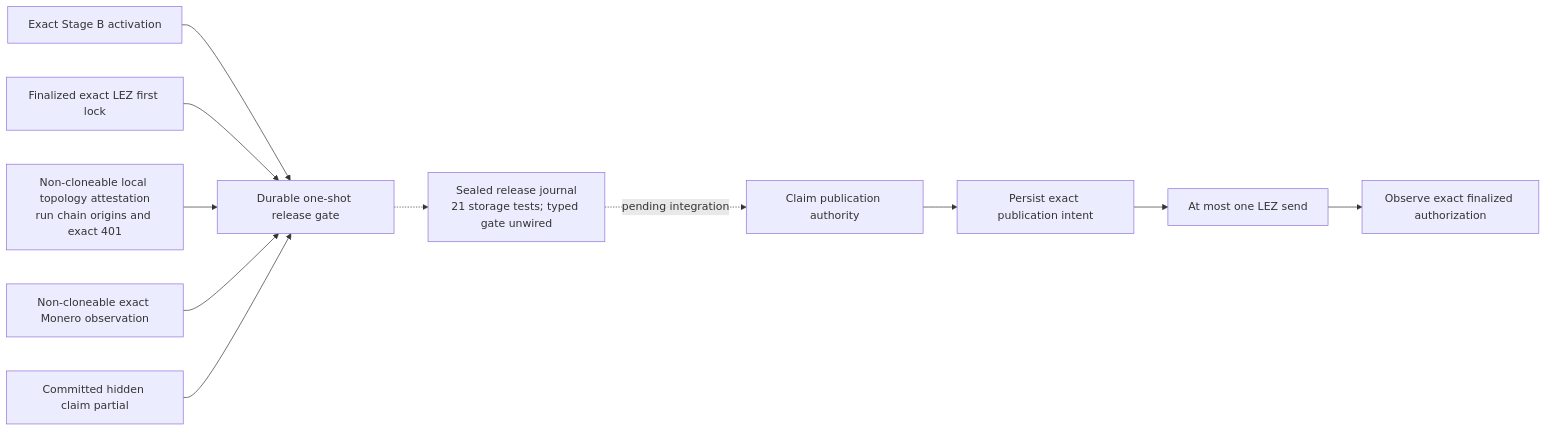
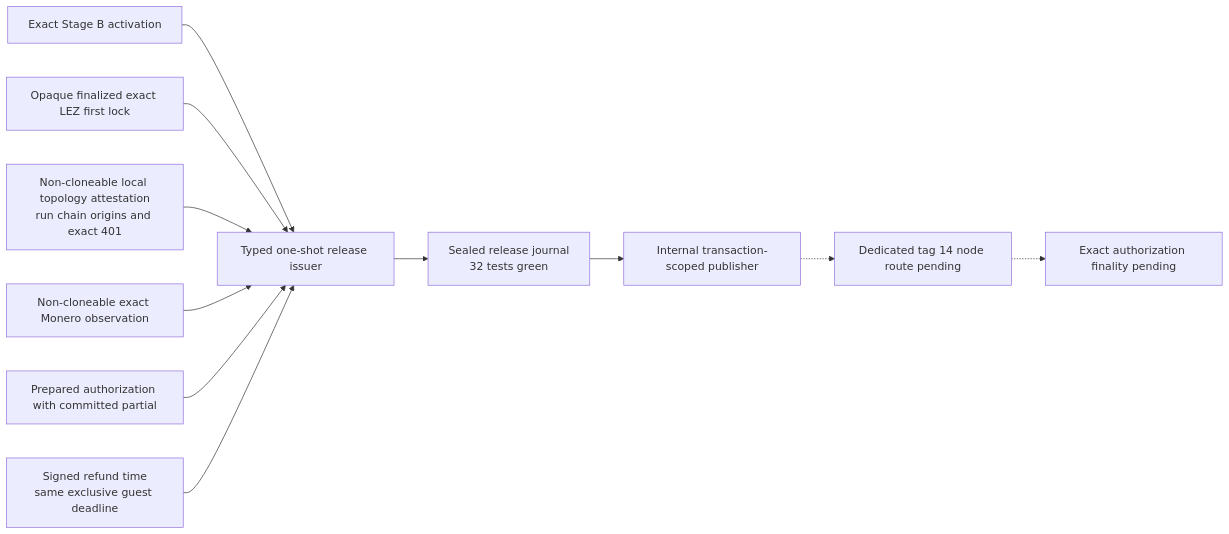
The first of 2 diagrams in docs/architecture/0059-separate-monero-observation-from-release-authority.md (gateway-fm/lez-atomic-swaps), drawn with Mermaid before and after one commit. The commit also changed other lines of this file and 21 other files, not shown here.

Commit message:
feat(m4): bind XMR release to opaque evidence

````diff
--- a/docs/architecture/0059-separate-monero-observation-from-release-authority.md
+++ b/docs/architecture/0059-separate-monero-observation-from-release-authority.md
@@ -91,13 +94,13 @@
 ```mermaid
 flowchart LR
-    StageB["Exact Stage B activation"] --> Gate["Durable one-shot release gate"]
-    LezLock["Finalized exact LEZ first lock"] --> Gate
-    Topology["Non-cloneable local topology attestation<br/>run chain origins and exact 401"] --> Gate
-    Observation["Non-cloneable exact Monero observation"] --> Gate
-    Hidden["Committed hidden claim partial"] --> Gate
-    Gate -.-> Store["Sealed release journal<br/>21 storage tests; typed gate unwired"]
-    Store -.->|"pending integration"| Authority["Claim publication authority"]
-    Authority --> Intent["Persist exact publication intent"]
-    Intent --> Send["At most one LEZ send"]
-    Send --> Finalized["Observe exact finalized authorization"]
+    StageB["Exact Stage B activation"] --> Issuer["Typed one-shot release issuer"]
+    LezLock["Opaque finalized exact LEZ first lock"] --> Issuer
+    Topology["Non-cloneable local topology attestation<br/>run chain origins and exact 401"] --> Issuer
+    Observation["Non-cloneable exact Monero observation"] --> Issuer
+    Hidden["Prepared authorization with committed partial"] --> Issuer
+    Deadline["Signed refund time<br/>same exclusive guest deadline"] --> Issuer
+    Issuer --> Store["Sealed release journal<br/>32 tests green"]
+    Store --> Publisher["Internal transaction-scoped publisher"]
+    Publisher -.-> Send["Dedicated tag 14 node route pending"]
+    Send -.-> Finalized["Exact authorization finality pending"]
 ```
````
